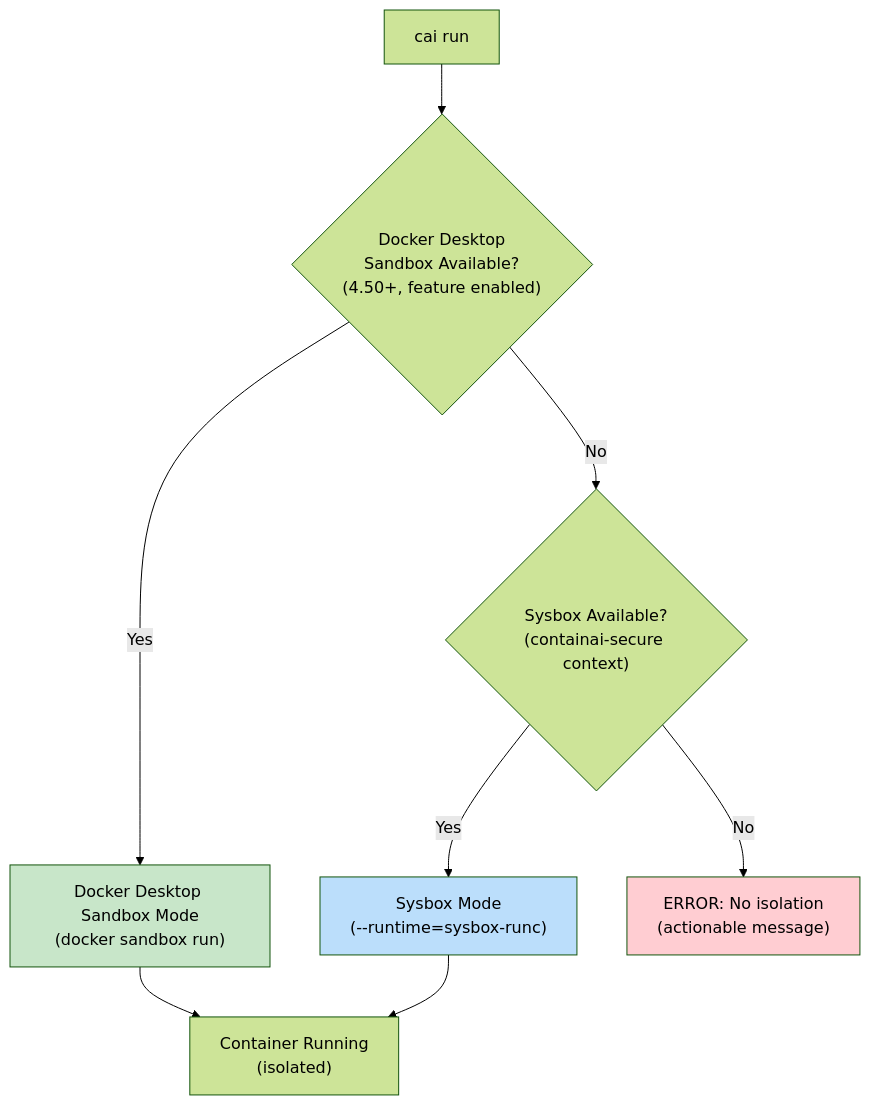
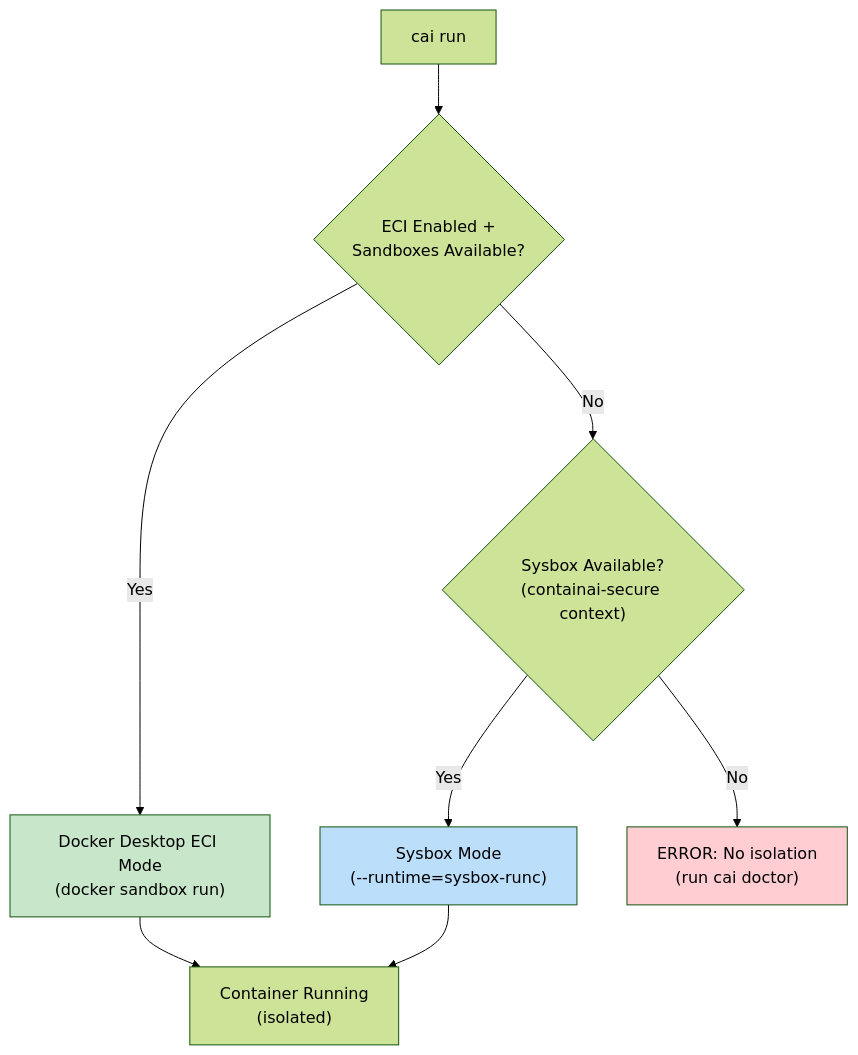
One commit to novotnyllc/ContainAI changed the fourth of 8 diagrams in docs/architecture.md. Above: the diagram before and after it, drawn with Mermaid (forest theme). The commit also changed other lines of this file, not shown here.

First line of the commit message:
docs(architecture): address second round of review feedback

````diff
--- a/docs/architecture.md
+++ b/docs/architecture.md
@@ -156,17 +156,17 @@
 ```mermaid
 flowchart TD
-    Start["cai run"] --> SandboxCheck{"Docker Desktop<br/>Sandbox Available?<br/>(4.50+, feature enabled)"}
+    Start["cai run"] --> ECICheck{"ECI Enabled +<br/>Sandboxes Available?"}
 
-    SandboxCheck -->|Yes| Sandbox["Docker Desktop Sandbox Mode<br/>(docker sandbox run)"]
-    SandboxCheck -->|No| SysboxCheck{"Sysbox Available?<br/>(containai-secure context)"}
+    ECICheck -->|Yes| ECI["Docker Desktop ECI Mode<br/>(docker sandbox run)"]
+    ECICheck -->|No| SysboxCheck{"Sysbox Available?<br/>(containai-secure context)"}
 
     SysboxCheck -->|Yes| Sysbox["Sysbox Mode<br/>(--runtime=sysbox-runc)"]
-    SysboxCheck -->|No| Fail["ERROR: No isolation<br/>(actionable message)"]
+    SysboxCheck -->|No| Fail["ERROR: No isolation<br/>(run cai doctor)"]
 
-    Sandbox --> Container["Container Running<br/>(isolated)"]
+    ECI --> Container["Container Running<br/>(isolated)"]
     Sysbox --> Container
 
-    style Sandbox fill:#c8e6c9
+    style ECI fill:#c8e6c9
     style Sysbox fill:#bbdefb
     style Fail fill:#ffcdd2
 ```
````
